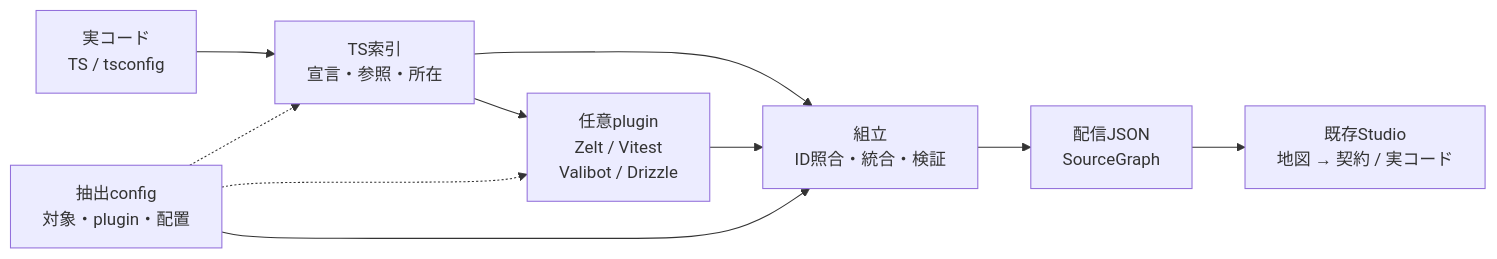
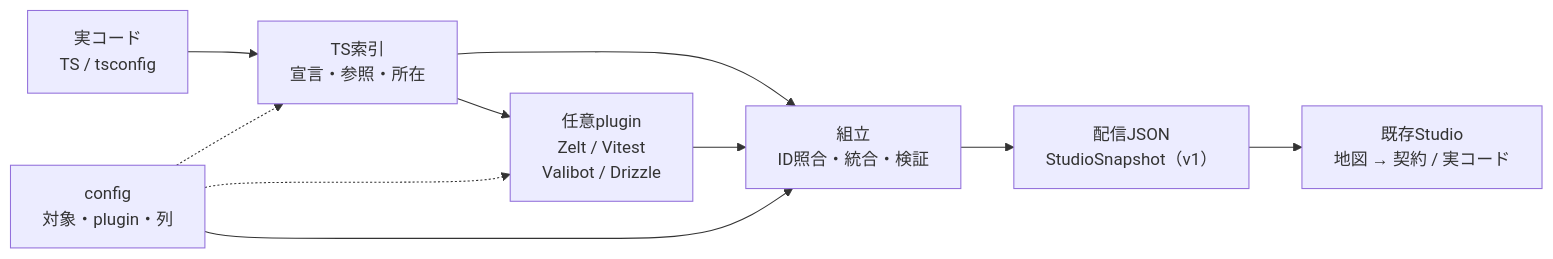
The first of 13 diagrams in mocks/studio-spatial/generic-extraction-design.md (zeltjs/zelt), drawn with Mermaid before and after one commit. The commit also changed other lines of this file, not shown here.

First line of the commit message:
[wip] restructure studio extraction design around policies

```diff
--- a/mocks/studio-spatial/generic-extraction-design.md
+++ b/mocks/studio-spatial/generic-extraction-design.md
@@ -11,12 +22,12 @@
 ~~~mermaid
 flowchart LR
   S["実コード<br/>TS / tsconfig"] --> T["TS索引<br/>宣言・参照・所在"]
   T --> P["任意plugin<br/>Zelt / Vitest<br/>Valibot / Drizzle"]
   T --> A["組立<br/>ID照合・統合・検証"]
   P --> A
-  C["抽出config<br/>対象・plugin・配置"] --> A
+  C["config<br/>対象・plugin・列"] --> A
   C -.-> T
   C -.-> P
-  A --> G["配信JSON<br/>SourceGraph"]
+  A --> G["配信JSON<br/>StudioSnapshot（v1）"]
   G --> V["既存Studio<br/>地図 → 契約 / 実コード"]
 ~~~
```
